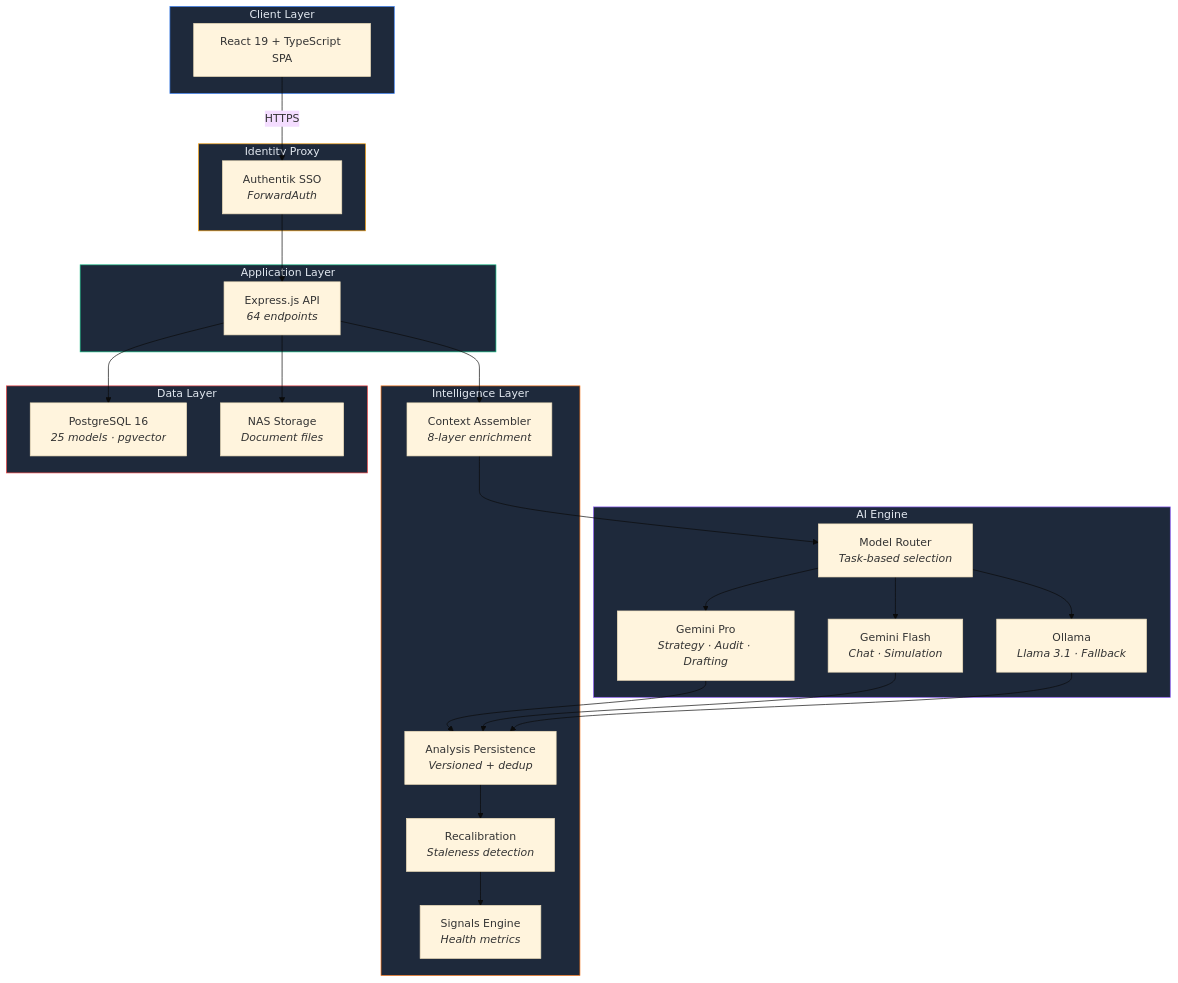
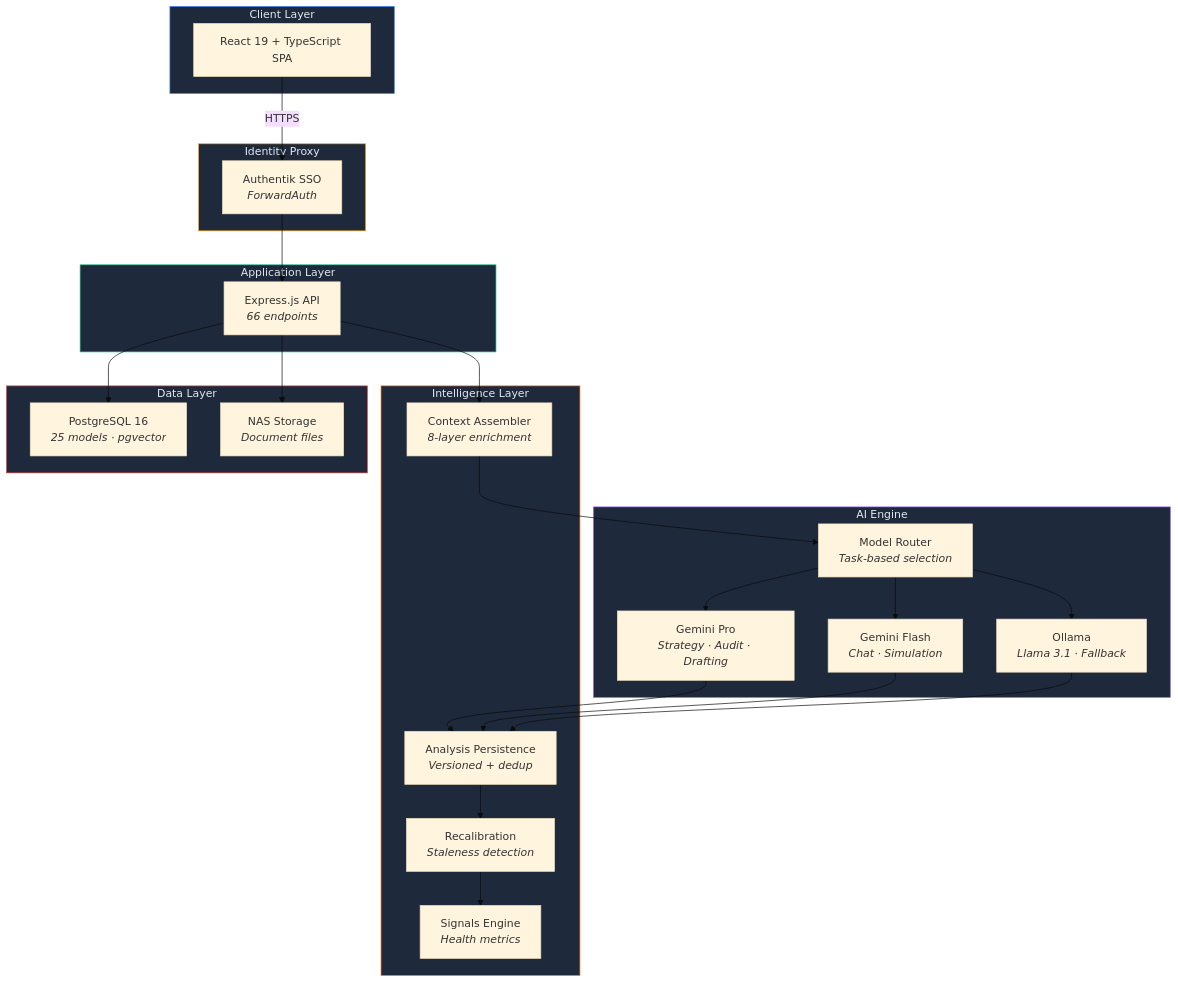
The diagram in README.md (EolaFam1828/AetherLegalIntelligence), drawn with Mermaid (base theme) before and after one commit. The commit also changed other lines of this file and 7 other files, not shown here.

````diff
--- a/README.md
+++ b/README.md
@@ -218,50 +224,50 @@
 ```mermaid
 flowchart TB
     subgraph CLIENT["Client Layer"]
         UI["React 19 + TypeScript SPA"]
     end
 
     subgraph EDGE["Identity Proxy"]
         AK["Authentik SSO<br/><i>ForwardAuth</i>"]
     end
 
     subgraph API["Application Layer"]
-        EX["Express.js API<br/><i>64 endpoints</i>"]
+        EX["Express.js API<br/><i>66 endpoints</i>"]
     end
 
     subgraph AI["AI Engine"]
         RT["Model Router<br/><i>Task-based selection</i>"]
         G3P["Gemini Pro<br/><i>Strategy · Audit · Drafting</i>"]
         G3F["Gemini Flash<br/><i>Chat · Simulation</i>"]
         OL["Ollama<br/><i>Llama 3.1 · Fallback</i>"]
     end
 
     subgraph INTEL["Intelligence Layer"]
         CTX["Context Assembler<br/><i>8-layer enrichment</i>"]
         SIG["Signals Engine<br/><i>Health metrics</i>"]
         PERSIST["Analysis Persistence<br/><i>Versioned + dedup</i>"]
         RECAL["Recalibration<br/><i>Staleness detection</i>"]
     end
 
     subgraph DATA["Data Layer"]
         PG["PostgreSQL 16<br/><i>25 models · pgvector</i>"]
         FS["NAS Storage<br/><i>Document files</i>"]
     end
 
     UI -->|HTTPS| AK
     AK --> EX
     EX --> CTX
     CTX --> RT
     RT --> G3P & G3F & OL
     G3P & G3F & OL --> PERSIST
     PERSIST --> RECAL
     RECAL --> SIG
     EX --> PG & FS
 
     style CLIENT fill:#1e293b,stroke:#3b82f6,color:#e2e8f0
     style EDGE fill:#1e293b,stroke:#f59e0b,color:#e2e8f0
     style API fill:#1e293b,stroke:#10b981,color:#e2e8f0
     style AI fill:#1e293b,stroke:#8b5cf6,color:#e2e8f0
     style INTEL fill:#1e293b,stroke:#f97316,color:#e2e8f0
     style DATA fill:#1e293b,stroke:#ef4444,color:#e2e8f0
 ```
````
